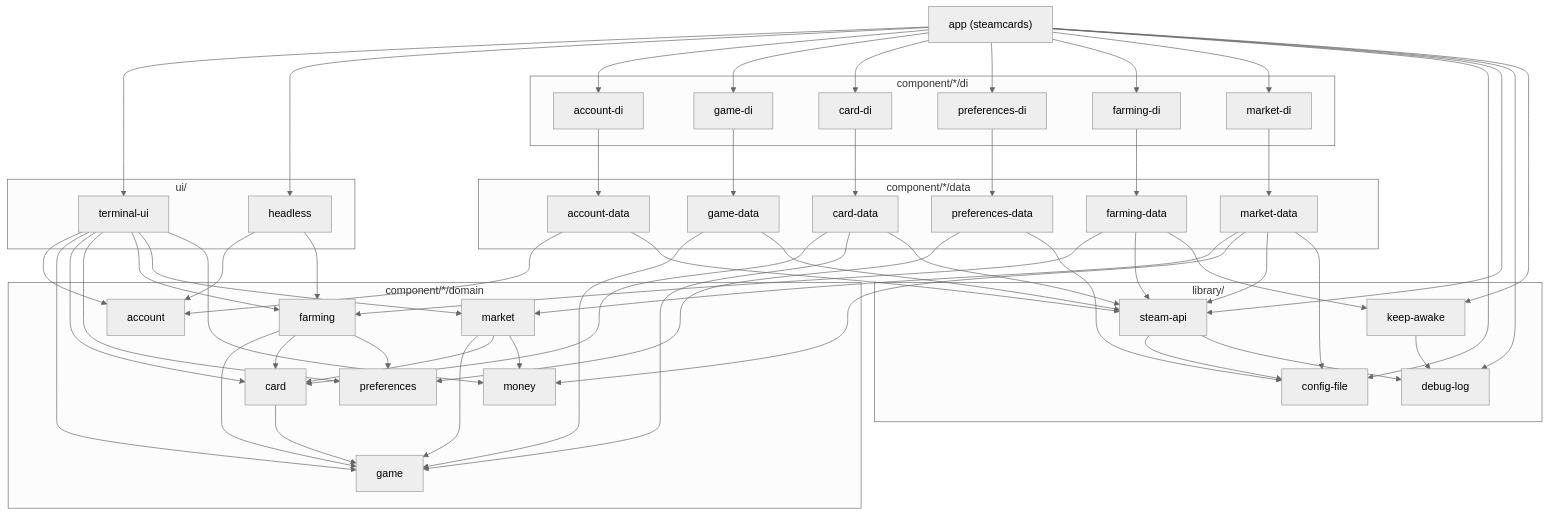
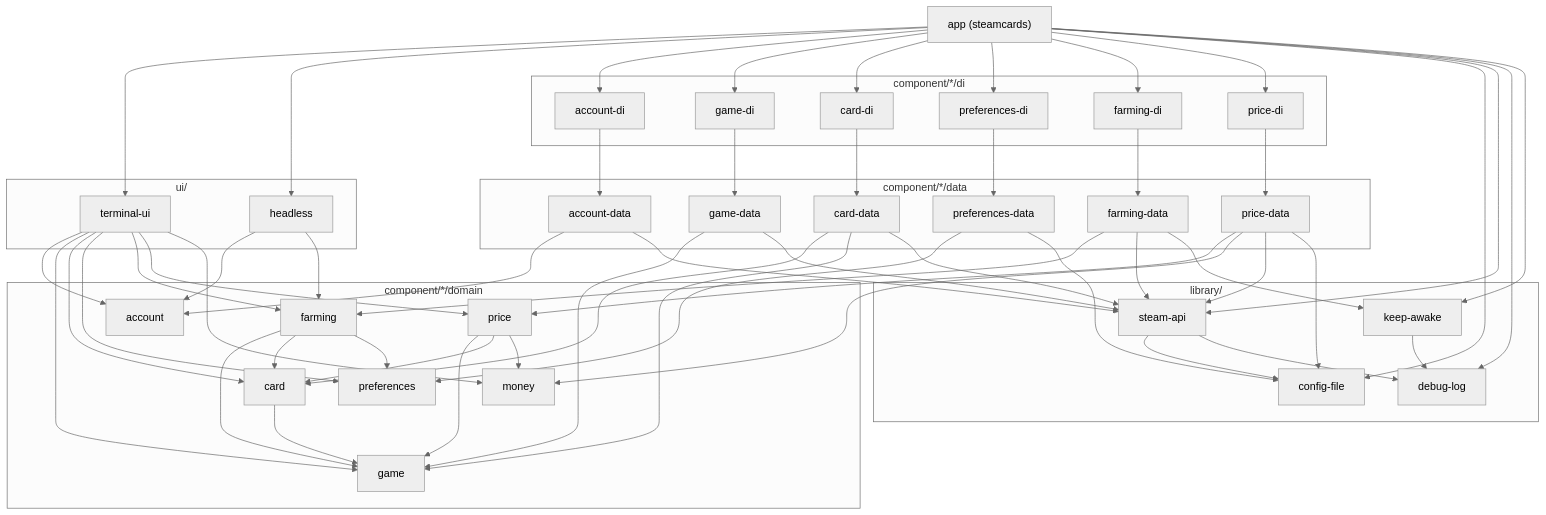
Before and after one commit to joshgallantt/steamcards: the diagram in docs/architecture.md, drawn with Mermaid (neutral theme). The commit also changed other lines of this file and 62 other files, not shown here.

First line of the commit message:
Rename the market component price, a file per type

````diff
--- a/docs/architecture.md
+++ b/docs/architecture.md
@@ -321,65 +321,65 @@
 ```mermaid
 graph TD
     APP["app (steamcards)"]
 
     subgraph UI["ui/"]
         TUI[terminal-ui]
         HL[headless]
     end
 
     subgraph DI["component/*/di"]
         ADI[account-di]
         GDI[game-di]
         CDI[card-di]
         PDI[preferences-di]
         FDI[farming-di]
-        MDI[market-di]
+        PRDI[price-di]
     end
 
     subgraph DATA["component/*/data"]
         AD[account-data]
         GD[game-data]
         CD[card-data]
         PD[preferences-data]
         FD[farming-data]
-        MD[market-data]
+        PRD[price-data]
     end
 
     subgraph DOMAIN["component/*/domain"]
         MON[money]
         ACC[account]
         GAME[game]
         CARD[card]
         PREF[preferences]
         FARM[farming]
-        MKT[market]
+        PRICE[price]
     end
 
     subgraph LIBS["library/"]
         SA[steam-api]
         CF[config-file]
         DL[debug-log]
         KA[keep-awake]
     end
 
-    APP --> TUI & HL & ADI & GDI & CDI & PDI & FDI & MDI & CF & SA & DL & KA
-    TUI --> ACC & GAME & CARD & PREF & FARM & MKT & MON
+    APP --> TUI & HL & ADI & GDI & CDI & PDI & FDI & PRDI & CF & SA & DL & KA
+    TUI --> ACC & GAME & CARD & PREF & FARM & PRICE & MON
     HL --> ACC & FARM
     ADI --> AD
     GDI --> GD
     CDI --> CD
     PDI --> PD
     FDI --> FD
-    MDI --> MD
+    PRDI --> PRD
     AD --> ACC & SA
     GD --> GAME & SA
     CD --> CARD & GAME & SA
     PD --> PREF & CF
     FD --> FARM & SA & KA
-    MD --> MKT & MON & SA & CF
+    PRD --> PRICE & MON & SA & CF
     CARD --> GAME
     FARM --> GAME & CARD & PREF
-    MKT --> GAME & CARD & MON
+    PRICE --> GAME & CARD & MON
     SA --> CF & DL
     KA --> DL
 ```
````
